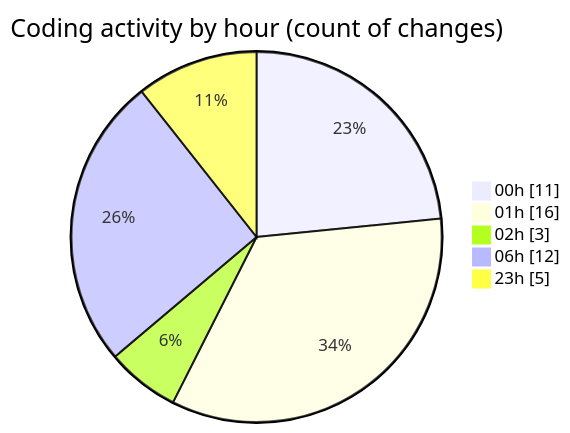
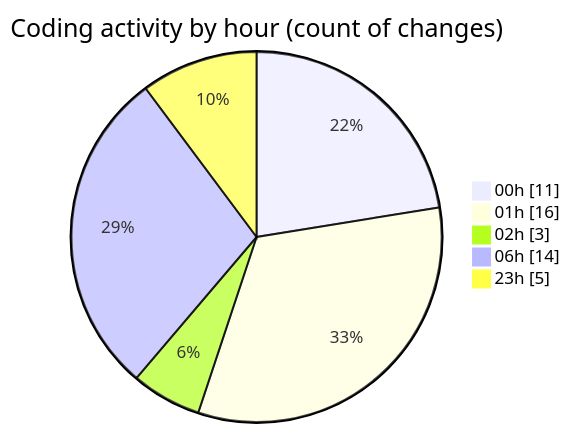
The second of 2 diagrams in 2025-02-21/projet/README.md (Elitesun/code-tracking), drawn with Mermaid before and after one commit. The commit also changed other lines of this file and 1 other file, not shown here.

````diff
--- a/2025-02-21/projet/README.md
+++ b/2025-02-21/projet/README.md
@@ -37,9 +37,9 @@
 ```mermaid
 pie showData
 title Coding activity by hour (count of changes)
 "00h" : 11
 "01h" : 16
 "02h" : 3
-"06h" : 12
+"06h" : 14
 "23h" : 5
 ```
````
